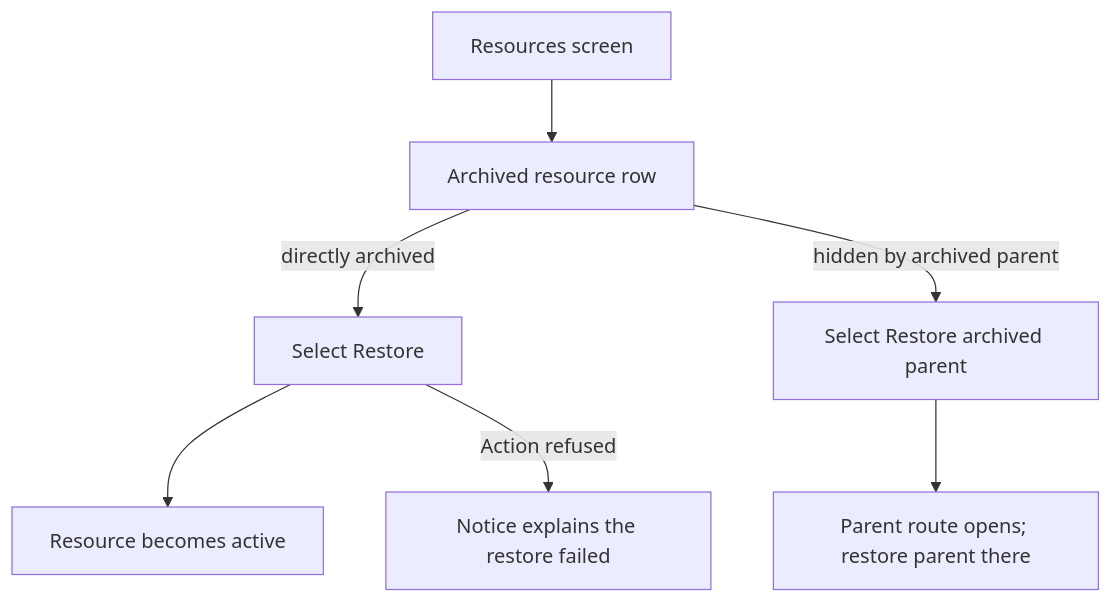
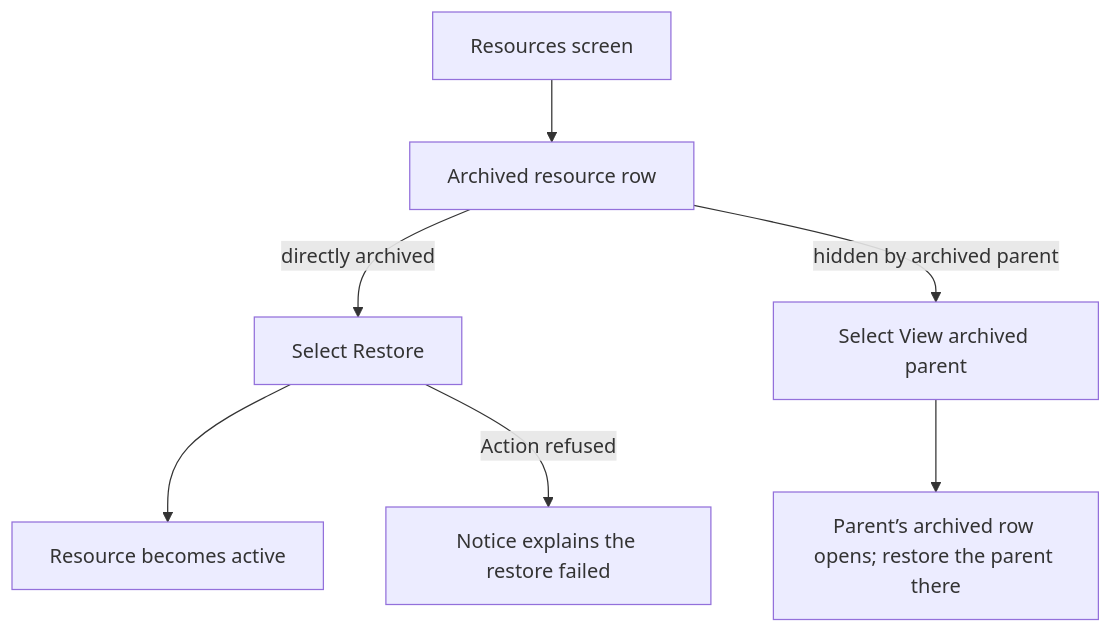
The first of 2 diagrams in user-stories/resources/US-RES-13-restore-resource.md (Kevinjohn/capacitylens), drawn with Mermaid before and after one commit. The commit also changed other lines of this file and 119 other files, not shown here.

First line of the commit message:
docs: correct story text and flow diagrams against current source

````diff
--- a/user-stories/resources/US-RES-13-restore-resource.md
+++ b/user-stories/resources/US-RES-13-restore-resource.md
@@ -18,7 +18,7 @@
 ```mermaid
 flowchart TD
   A["Resources screen"] --> B["Archived resource row"]
   B -->|directly archived| C["Select Restore"] --> D["Resource becomes active"]
-  B -->|hidden by archived parent| E["Select Restore archived parent"] --> F["Parent route opens; restore parent there"]
+  B -->|hidden by archived parent| E["Select View archived parent"] --> F["Parent’s archived row opens; restore the parent there"]
   C -->|Action refused| G["Notice explains the restore failed"]
 ```
````
